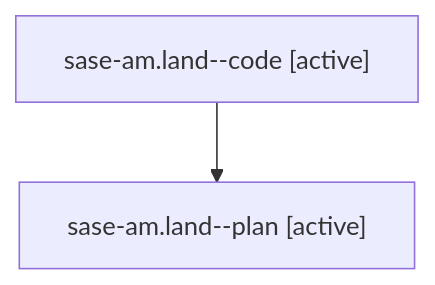
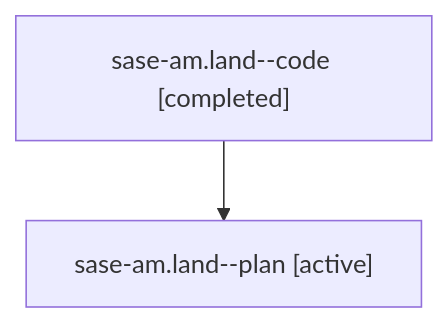
Before and after one commit to sase-org/sase--agents: the diagram in families/bbugyi200.athena.sase-am.land.md, drawn with Mermaid. The commit also changed other lines of this file and 5813 other files, not shown here.

````diff
--- a/families/bbugyi200.athena.sase-am.land.md
+++ b/families/bbugyi200.athena.sase-am.land.md
@@ -9,6 +9,6 @@
 ```mermaid
 flowchart TD
-  n0["sase-am.land--code [active]"]
+  n0["sase-am.land--code [completed]"]
   n1["sase-am.land--plan [active]"]
   n0 --> n1
 ```
````
